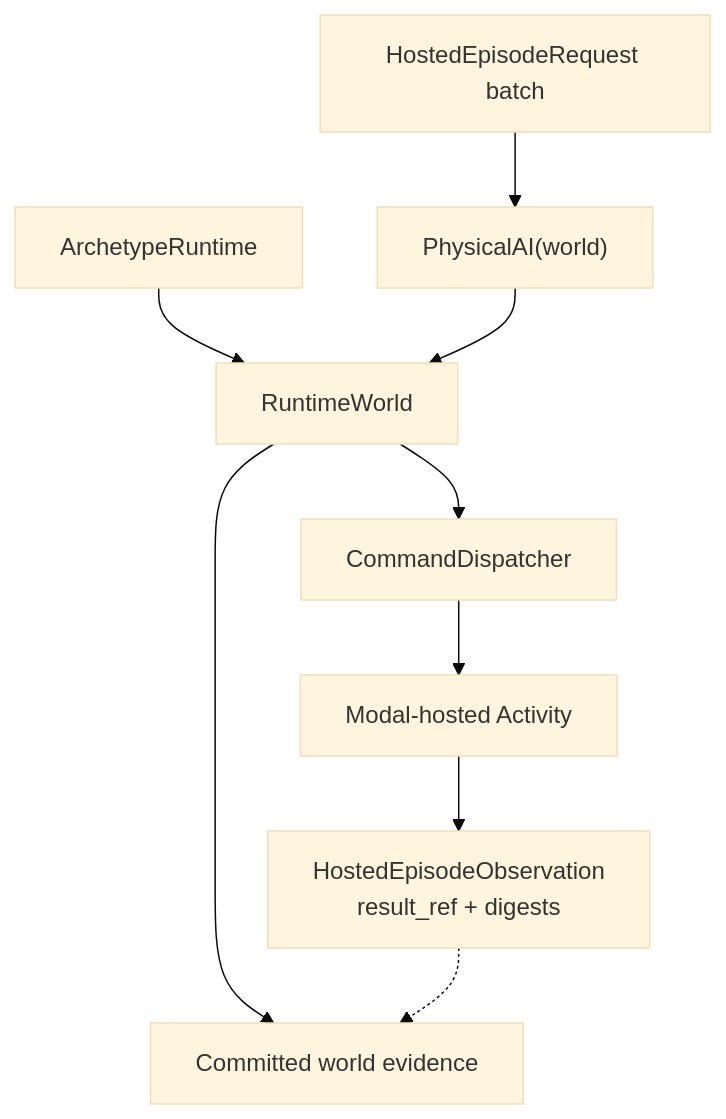
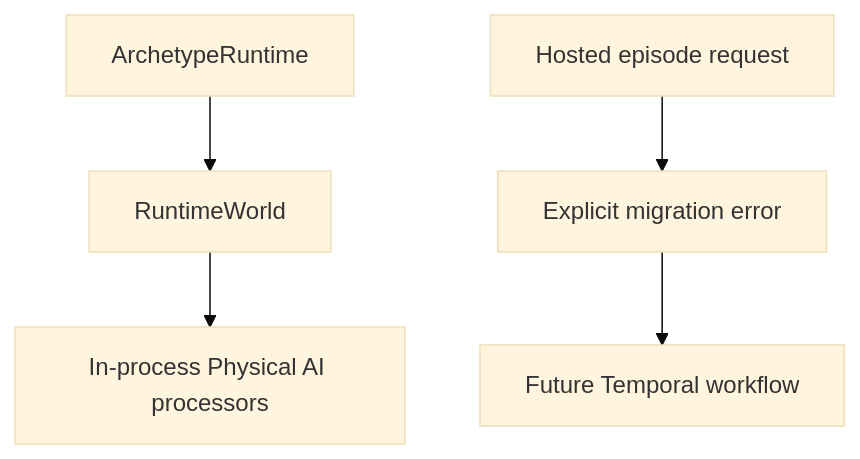
Before and after one commit to VangelisTech/archetype: the diagram in docs/guide/physical-ai.md, drawn with Mermaid (base theme). The commit also changed other lines of this file and 65 other files, not shown here.

````diff
--- a/docs/guide/physical-ai.md
+++ b/docs/guide/physical-ai.md
@@ -19,11 +16,7 @@
 ```mermaid
 graph TB
     RT["ArchetypeRuntime"] --> World["RuntimeWorld"]
-    Req["HostedEpisodeRequest batch"] --> Adapter["PhysicalAI(world)"]
-    Adapter --> World
-    World --> Dispatch["CommandDispatcher"]
-    Dispatch --> Act["Modal-hosted Activity"]
-    Act --> Obs["HostedEpisodeObservation<br/>result_ref + digests"]
-    World --> Evidence["Committed world evidence"]
-    Obs -.-> Evidence
+    World --> Local["In-process Physical AI processors"]
+    Hosted["Hosted episode request"] --> Disabled["Explicit migration error"]
+    Disabled --> Future["Future Temporal workflow"]
 ```
````
